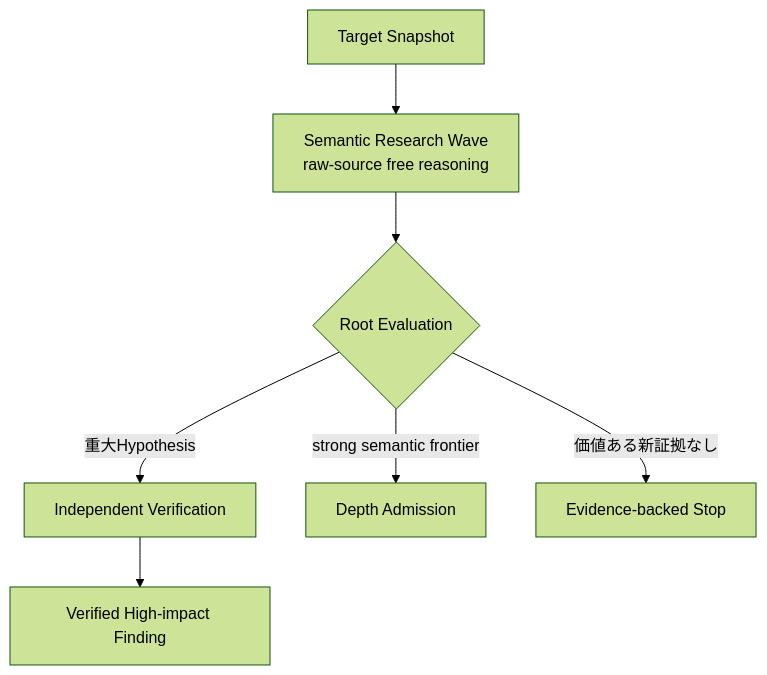
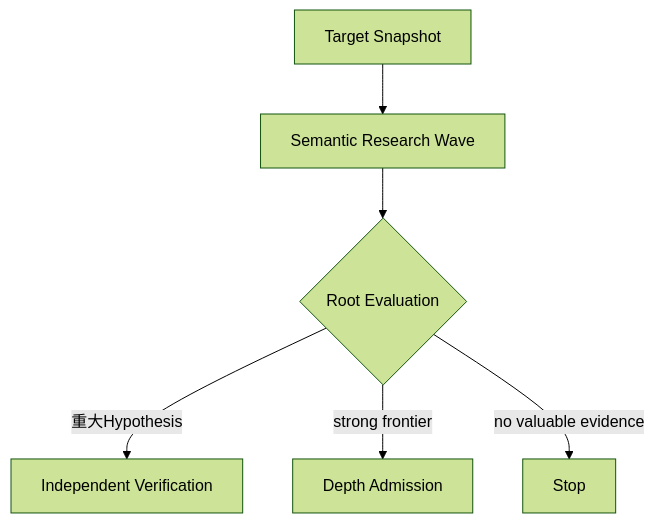
The first of 2 diagrams in docs/design/architecture/breadth-depth-research-loop.md (momoponwork1415-lgtm/wordpress-harness), drawn with Mermaid (forest theme) before and after one commit. The commit also changed other lines of this file and 95 other files, not shown here.

Commit message:
Keep only active architecture decisions

````diff
--- a/docs/design/architecture/breadth-depth-research-loop.md
+++ b/docs/design/architecture/breadth-depth-research-loop.md
@@ -11,15 +9,7 @@
 ```mermaid
 flowchart TB
-    target["Target Snapshot"]
-    semantic["Semantic Research Wave<br/>raw-source free reasoning"]
-    decision{"Root Evaluation"}
-    verify["Independent Verification"]
-    depth["Depth Admission"]
-    stop["Evidence-backed Stop"]
-    finding["Verified High-impact Finding"]
-
-    target --> semantic --> decision
-    decision -->|"重大Hypothesis"| verify --> finding
-    decision -->|"strong semantic frontier"| depth
-    decision -->|"価値ある新証拠なし"| stop
+    target["Target Snapshot"] --> semantic["Semantic Research Wave"] --> decision{"Root Evaluation"}
+    decision -->|"重大Hypothesis"| verify["Independent Verification"]
+    decision -->|"strong frontier"| depth["Depth Admission"]
+    decision -->|"no valuable evidence"| stop["Stop"]
 ```
````
